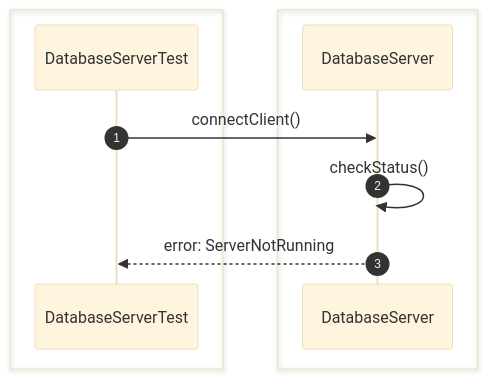
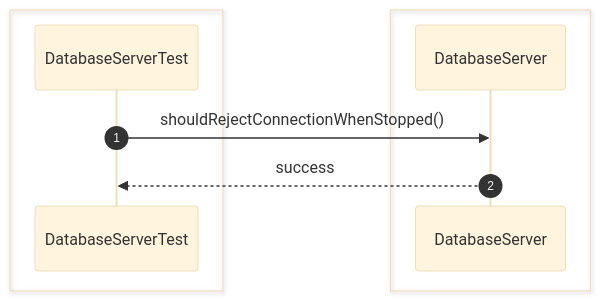
The seventh of 44 diagrams in src/sequence/db-server.md (Huy1801214/dbms-architecture), drawn with Mermaid (base theme) before and after one commit. The commit also changed other lines of this file and 68 other files, not shown here.

Commit message:
implement comprehensive unit test suite and architectural sequence documentation

````diff
--- a/src/sequence/db-server.md
+++ b/src/sequence/db-server.md
@@ -125,15 +96,13 @@
 ```mermaid
 sequenceDiagram
     autonumber
-
     box #e1f5fe Test Suite
     participant Test as DatabaseServerTest
     end
-    box #e3f2fd Server Managers
-    participant Server as DatabaseServer
+    box #e3f2fd DatabaseServer Component
+    participant DS as DatabaseServer
     end
 
-    Test->>Server: connectClient()
-    Server->>Server: checkStatus()
-    Server-->>Test: error: ServerNotRunning
+    Test->>DS: shouldRejectConnectionWhenStopped()
+    DS-->>Test: success
 ```
````
